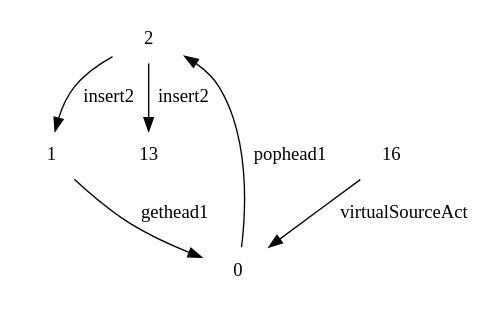
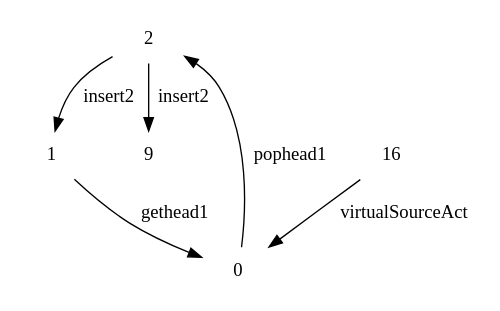
One commit to Tridu33/SAVG changed the diagram in PRP_planner-for-relevant-policies/solutionsByPRP/fond_reversell.dot. Above: the diagram before and after it, drawn with Graphviz. The commit also changed 12 other files, not shown here.

```diff
--- a/PRP_planner-for-relevant-policies/solutionsByPRP/fond_reversell.dot
+++ b/PRP_planner-for-relevant-policies/solutionsByPRP/fond_reversell.dot
@@ -1,12 +1,12 @@
 digraph G {
     node [shape=plaintext]
 2->1[label = "insert2"]
-2->13[label = "insert2"]
+2->9[label = "insert2"]
 
 0->2[label = "pophead1"]
 
 16->0[label = "virtualSourceAct"]
 
 1->0[label = "gethead1"]
 
 }
```
